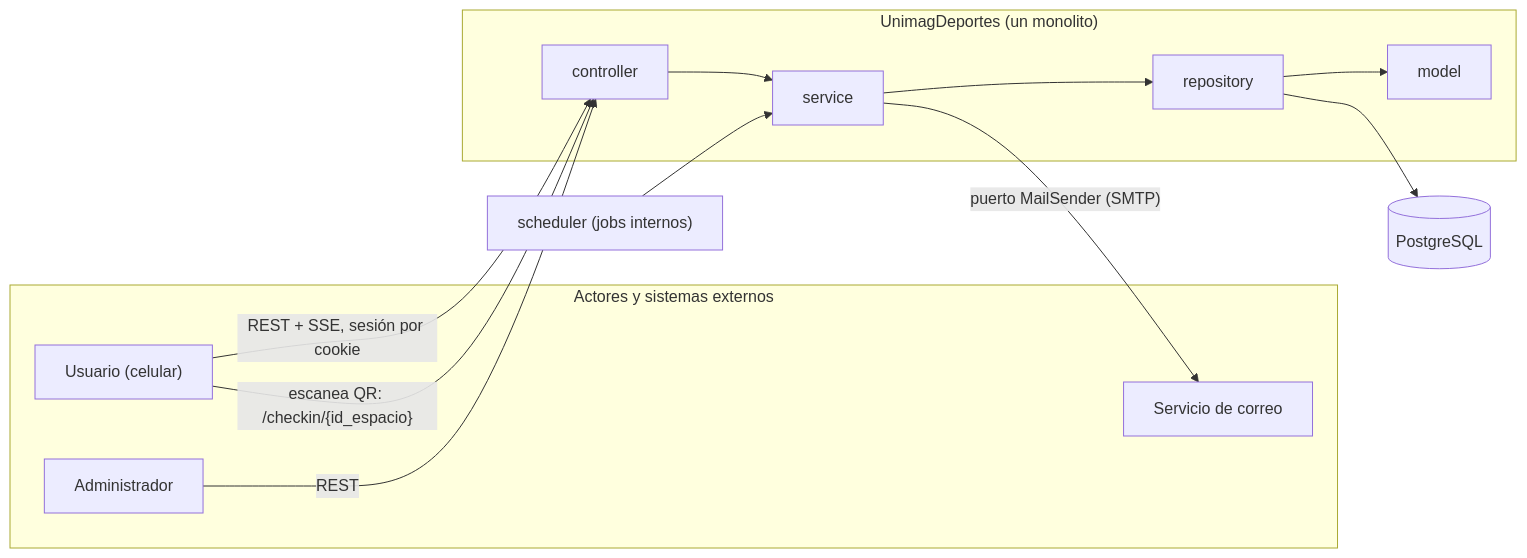
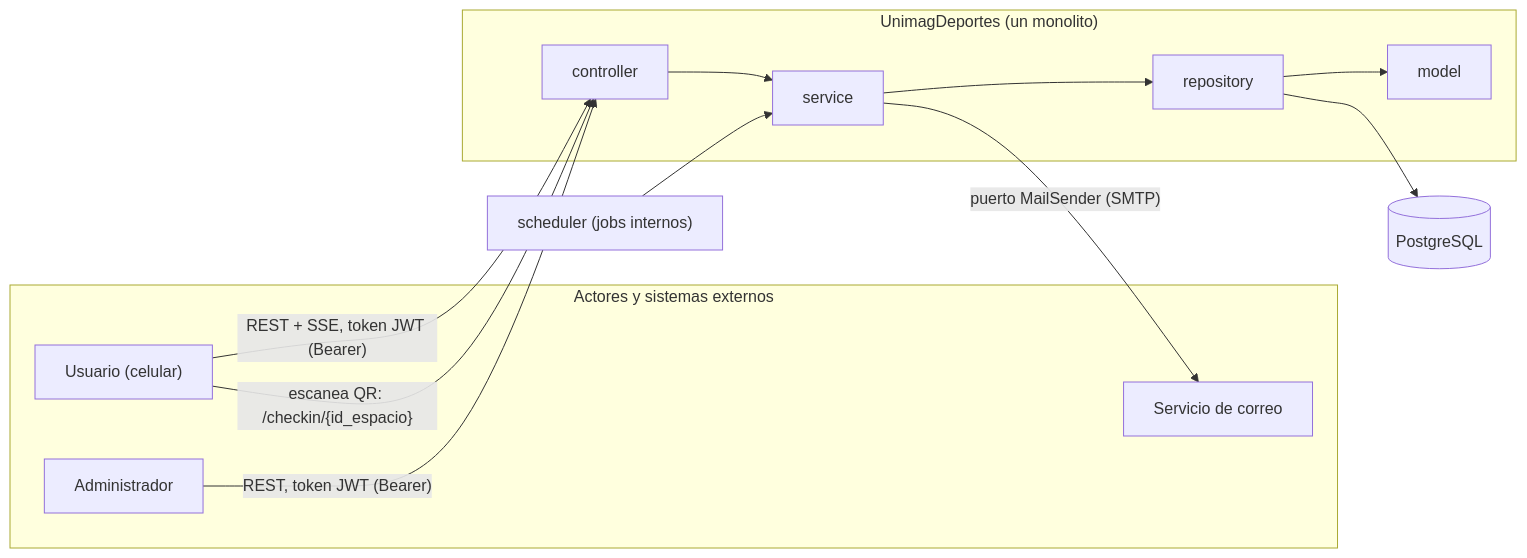
Before and after one commit to SebasTK2008/Unimag-Deportes: the first of 5 diagrams in docs/techincal-plan/plan-general.md, drawn with Mermaid. The commit also changed other lines of this file, not shown here.

````diff
--- a/docs/techincal-plan/plan-general.md
+++ b/docs/techincal-plan/plan-general.md
@@ -77,21 +77,21 @@
 ```mermaid
 flowchart LR
   subgraph EXT["Actores y sistemas externos"]
     USR["Usuario (celular)"]
     ADM["Administrador"]
     MAIL["Servicio de correo"]
   end
 
   DB[("PostgreSQL")]
 
   subgraph SYS["UnimagDeportes (un monolito)"]
     CTL["controller"] --> SRV["service"] --> REP["repository"] --> MOD["model"]
   end
 
   SCH["scheduler (jobs internos)"] --> SRV
-  USR -- "REST + SSE, sesión por cookie" --> CTL
+  USR -- "REST + SSE, token JWT (Bearer)" --> CTL
   USR -- "escanea QR: /checkin/{id_espacio}" --> CTL
-  ADM -- "REST" --> CTL
+  ADM -- "REST, token JWT (Bearer)" --> CTL
   REP --> DB
   SRV -- "puerto MailSender (SMTP)" --> MAIL
 ```
````
